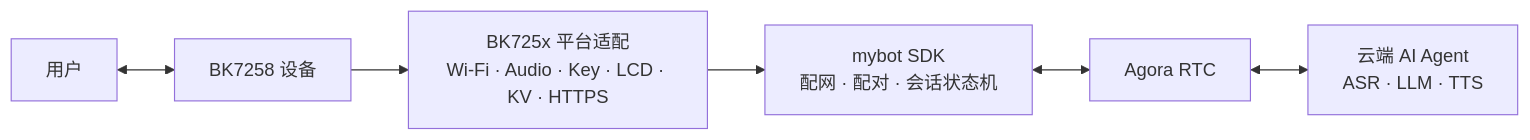
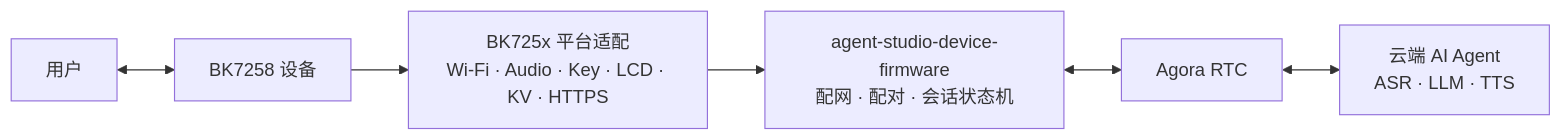
Before and after one commit to AgoraIO-Community/agora-r1-devkit: the diagram in README.zh-CN.md, drawn with Mermaid. The commit also changed other lines of this file and 1 other file, not shown here.

````diff
--- a/README.zh-CN.md
+++ b/README.zh-CN.md
@@ -38,8 +40,8 @@
 ```mermaid
 flowchart LR
     user["用户"] <--> device["BK7258 设备"]
     device --> platform["BK725x 平台适配<br/>Wi-Fi · Audio · Key · LCD · KV · HTTPS"]
-    platform --> core["mybot SDK<br/>配网 · 配对 · 会话状态机"]
+    platform --> core["agent-studio-device-firmware<br/>配网 · 配对 · 会话状态机"]
     core <--> rtc["Agora RTC"]
     rtc <--> agent["云端 AI Agent<br/>ASR · LLM · TTS"]
 ```
````
